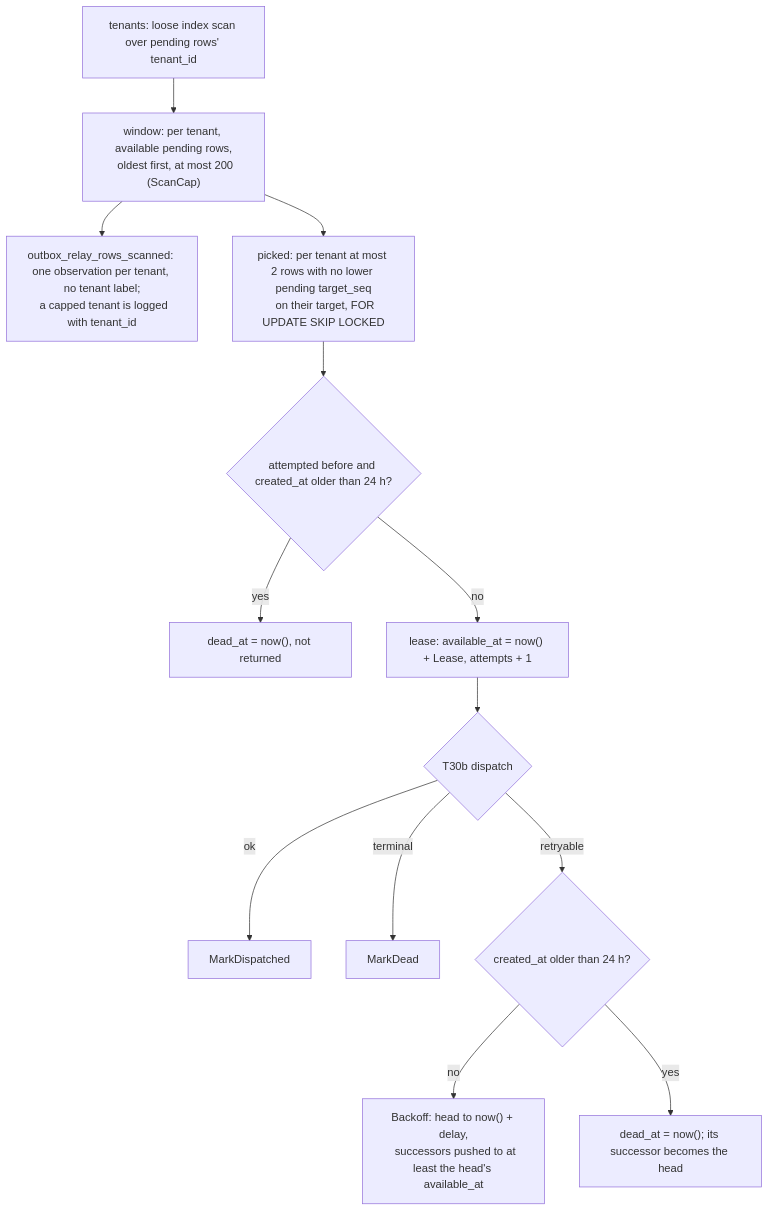
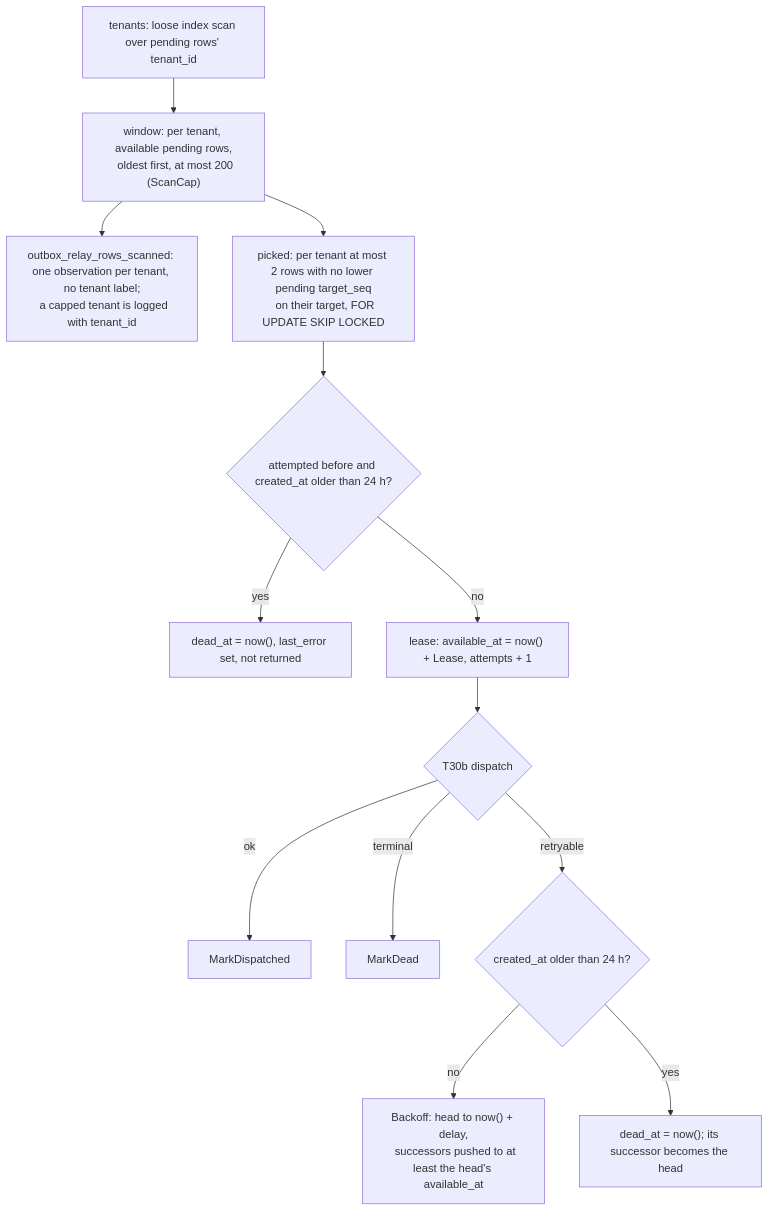
Before and after one commit to Navaladi2019/TicketingSystem: the diagram in docs/architecture/outbox-relay.md, drawn with Mermaid. The commit also changed other lines of this file and 5 other files, not shown here.

First line of the commit message:
docs(relay): accepted risks AR-026..028; clean last_error and set it at takeover (TICK-74)

````diff
--- a/docs/architecture/outbox-relay.md
+++ b/docs/architecture/outbox-relay.md
@@ -18,19 +18,19 @@
 ```mermaid
 flowchart TD
   T["tenants: loose index scan over pending rows' tenant_id"] --> W["window: per tenant, available pending rows,
   oldest first, at most 200 (ScanCap)"]
   W --> M["outbox_relay_rows_scanned: one observation per tenant, no tenant label;
   a capped tenant is logged with tenant_id"]
   W --> P["picked: per tenant at most 2 rows with no lower pending target_seq
   on their target, FOR UPDATE SKIP LOCKED"]
   P --> X{"attempted before and created_at older than 24 h?"}
-  X -->|yes| XD["dead_at = now(), not returned"]
+  X -->|yes| XD["dead_at = now(), last_error set, not returned"]
   X -->|no| L["lease: available_at = now() + Lease, attempts + 1"]
   L --> D{T30b dispatch}
   D -->|ok| MD[MarkDispatched]
   D -->|terminal| MX[MarkDead]
   D -->|retryable| B{"created_at older than 24 h?"}
   B -->|no| BO["Backoff: head to now() + delay,
   successors pushed to at least the head's available_at"]
   B -->|yes| DD["dead_at = now(); its successor becomes the head"]
 ```
````
